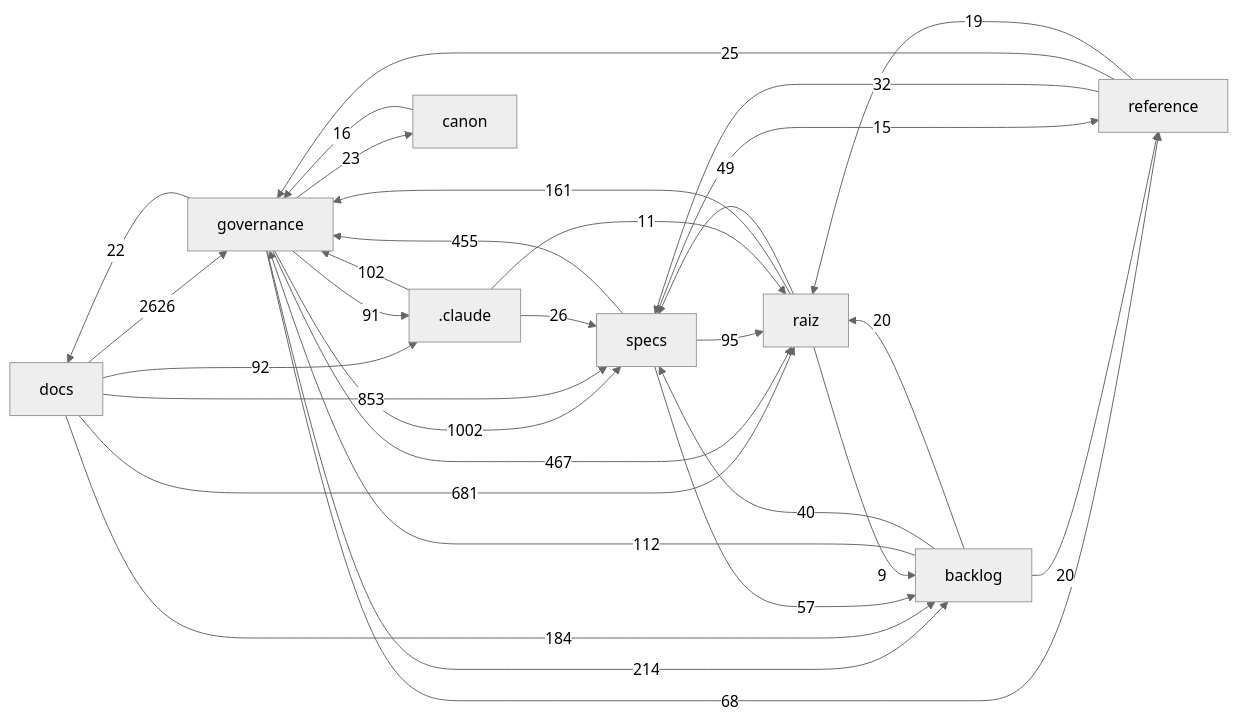
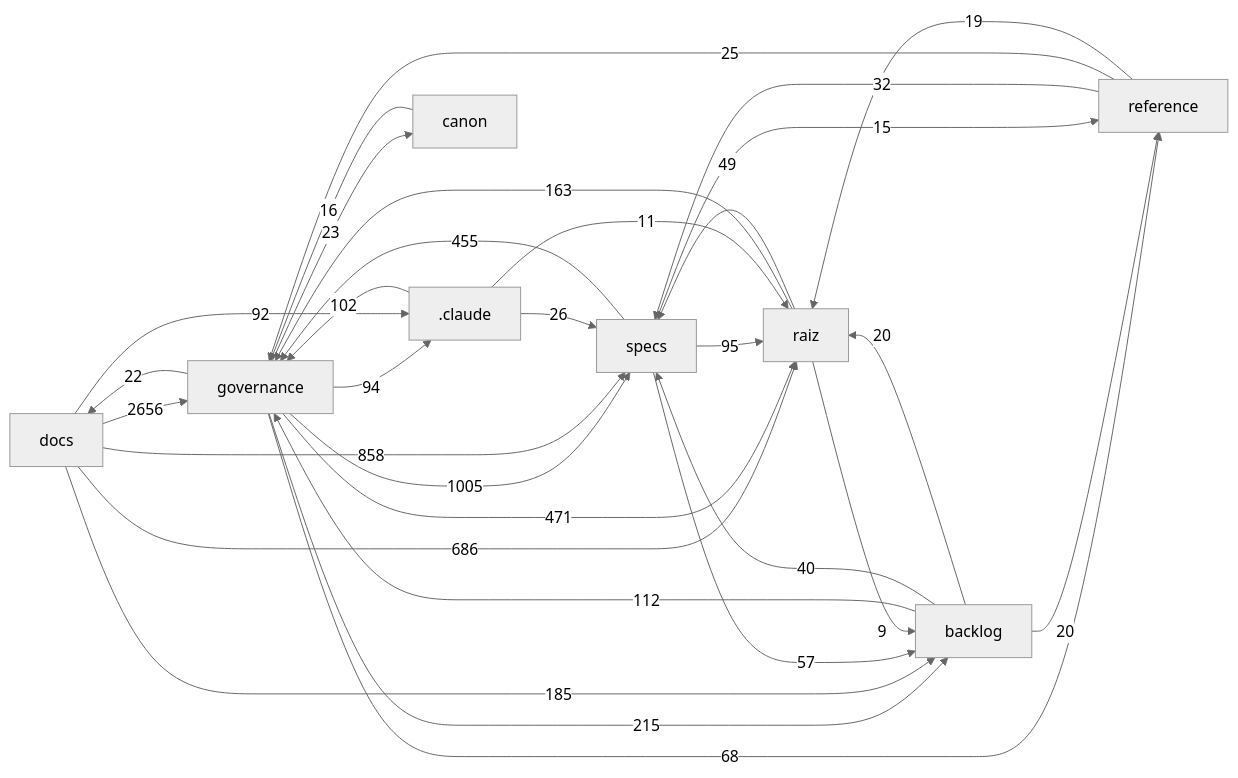
One commit to Andraus35/Sistema-Operacional-de-Trading--SOT changed the diagram in docs/mapa/MAPA-PROJETO.md. Above: the diagram before and after it, drawn with Mermaid (neutral theme). The commit also changed other lines of this file and 21 other files, not shown here.

````diff
--- a/docs/mapa/MAPA-PROJETO.md
+++ b/docs/mapa/MAPA-PROJETO.md
@@ -29,33 +29,33 @@
 ```mermaid
 flowchart LR
-  docs["docs"] -->|2626| governance["governance"]
-  governance["governance"] -->|1002| specs["specs"]
-  docs["docs"] -->|853| specs["specs"]
-  docs["docs"] -->|681| raiz["raiz"]
-  governance["governance"] -->|467| raiz["raiz"]
+  docs["docs"] -->|2656| governance["governance"]
+  governance["governance"] -->|1005| specs["specs"]
+  docs["docs"] -->|858| specs["specs"]
+  docs["docs"] -->|686| raiz["raiz"]
+  governance["governance"] -->|471| raiz["raiz"]
   specs["specs"] -->|455| governance["governance"]
-  governance["governance"] -->|214| backlog["backlog"]
-  docs["docs"] -->|184| backlog["backlog"]
-  raiz["raiz"] -->|161| governance["governance"]
+  governance["governance"] -->|215| backlog["backlog"]
+  docs["docs"] -->|185| backlog["backlog"]
+  raiz["raiz"] -->|163| governance["governance"]
   backlog["backlog"] -->|112| governance["governance"]
   _claude[".claude"] -->|102| governance["governance"]
   specs["specs"] -->|95| raiz["raiz"]
+  governance["governance"] -->|94| _claude[".claude"]
   docs["docs"] -->|92| _claude[".claude"]
-  governance["governance"] -->|91| _claude[".claude"]
   governance["governance"] -->|68| reference["reference"]
   specs["specs"] -->|57| backlog["backlog"]
   raiz["raiz"] -->|49| specs["specs"]
   backlog["backlog"] -->|40| specs["specs"]
   reference["reference"] -->|32| specs["specs"]
   _claude[".claude"] -->|26| specs["specs"]
   reference["reference"] -->|25| governance["governance"]
   governance["governance"] -->|23| canon["canon"]
   governance["governance"] -->|22| docs["docs"]
   backlog["backlog"] -->|20| raiz["raiz"]
   backlog["backlog"] -->|20| reference["reference"]
   reference["reference"] -->|19| raiz["raiz"]
   canon["canon"] -->|16| governance["governance"]
   specs["specs"] -->|15| reference["reference"]
   _claude[".claude"] -->|11| raiz["raiz"]
   raiz["raiz"] -->|9| backlog["backlog"]
 ```
````
